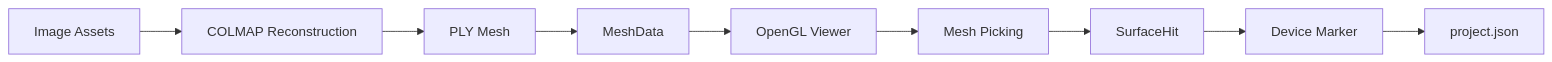
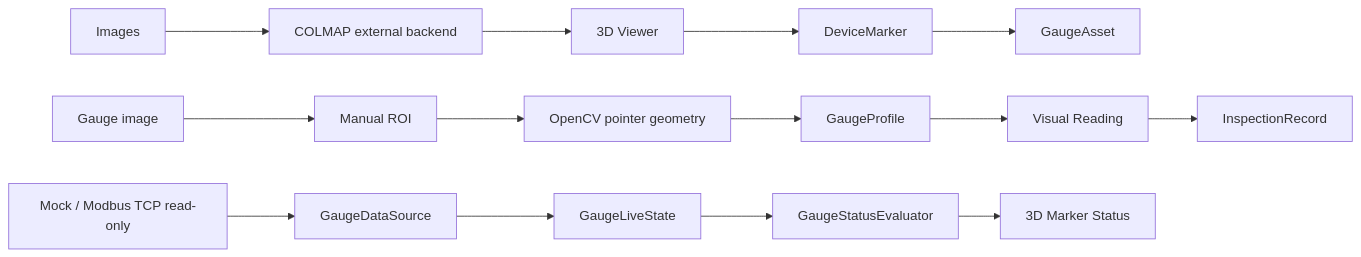
One commit to ccbhh0131/Three-Dimensional-Vision-Inspection changed the diagram in README.md. Above: the diagram before and after it, drawn with Mermaid. The commit also changed other lines of this file and 58 other files, not shown here.

````diff
--- a/README.md
+++ b/README.md
@@ -97,11 +13,18 @@
 ```mermaid
 flowchart LR
-    A[Image Assets] --> B[COLMAP Reconstruction]
-    B --> C[PLY Mesh]
-    C --> D[MeshData]
-    D --> E[OpenGL Viewer]
-    E --> F[Mesh Picking]
-    F --> G[SurfaceHit]
-    G --> H[Device Marker]
-    H --> I[project.json]
+    A[Images] --> B[COLMAP external backend]
+    B --> C[3D Viewer]
+    C --> D[DeviceMarker]
+    D --> E[GaugeAsset]
+
+    F[Gauge image] --> G[Manual ROI]
+    G --> H[OpenCV pointer geometry]
+    H --> I[GaugeProfile]
+    I --> J[Visual Reading]
+    J --> K[InspectionRecord]
+
+    L[Mock / Modbus TCP read-only] --> M[GaugeDataSource]
+    M --> N[GaugeLiveState]
+    N --> O[GaugeStatusEvaluator]
+    O --> P[3D Marker Status]
 ```
````
